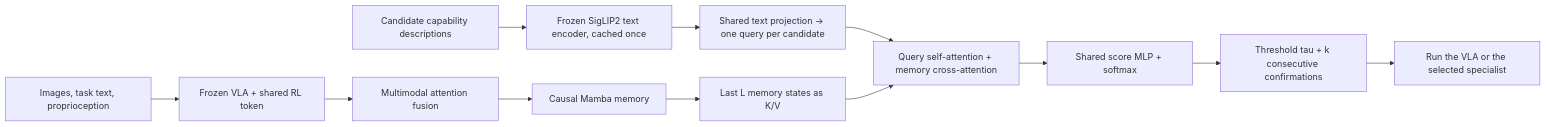
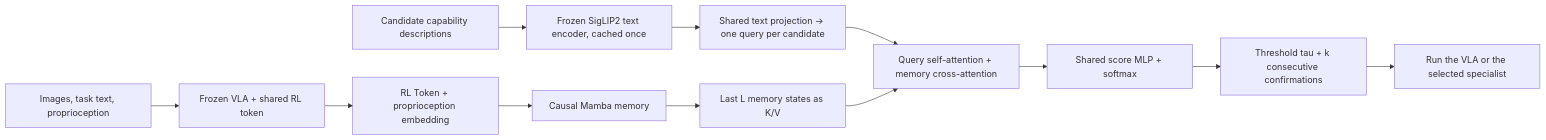
The diagram in README.md (SkylineZ123/MARS), drawn with Mermaid before and after one commit. The commit also changed other lines of this file and 14 other files, not shown here.

````diff
--- a/README.md
+++ b/README.md
@@ -19,14 +20,14 @@
 ```mermaid
 flowchart LR
     O[Images, task text, proprioception] --> F[Frozen VLA + shared RL token]
-    F --> M[Multimodal attention fusion]
+    F --> M[RL Token + proprioception embedding]
     M --> S[Causal Mamba memory]
     S --> H[Last L memory states as K/V]
     T[Candidate capability descriptions] --> E[Frozen SigLIP2 text encoder, cached once]
     E --> Q[Shared text projection -> one query per candidate]
     Q --> A[Query self-attention + memory cross-attention]
     H --> A
     A --> P[Shared score MLP + softmax]
     P --> W[Threshold tau + k consecutive confirmations]
     W --> C[Run the VLA or the selected specialist]
 ```
````
